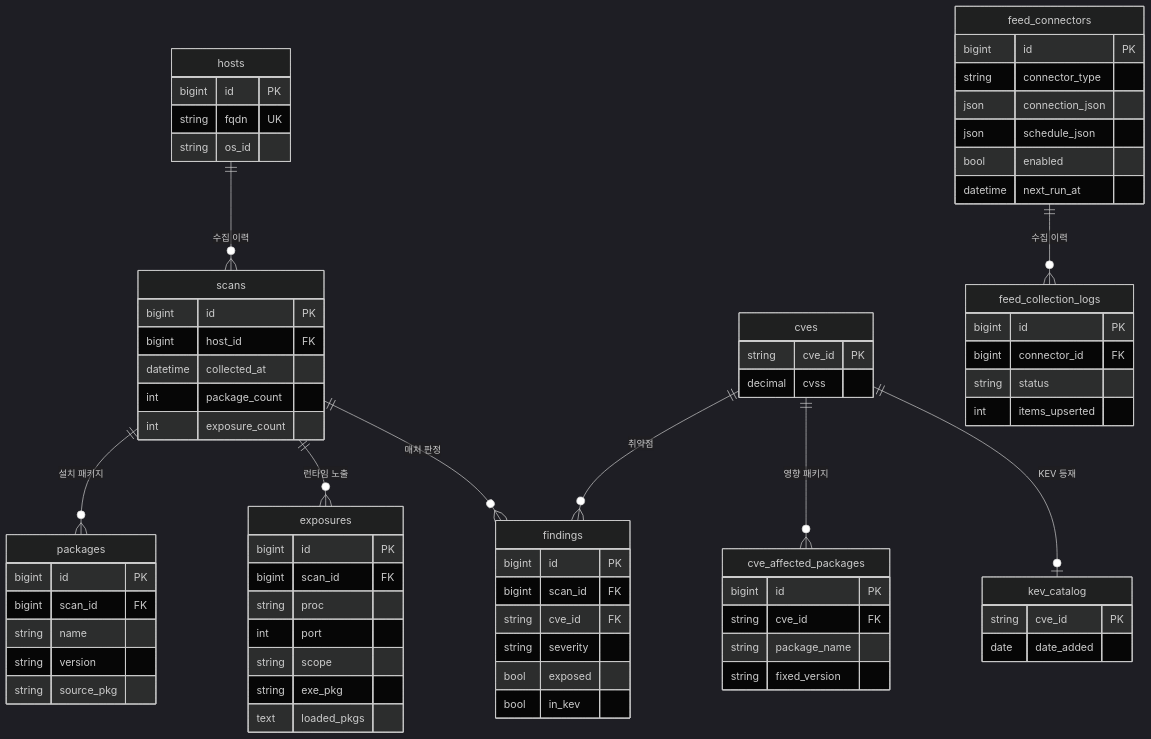
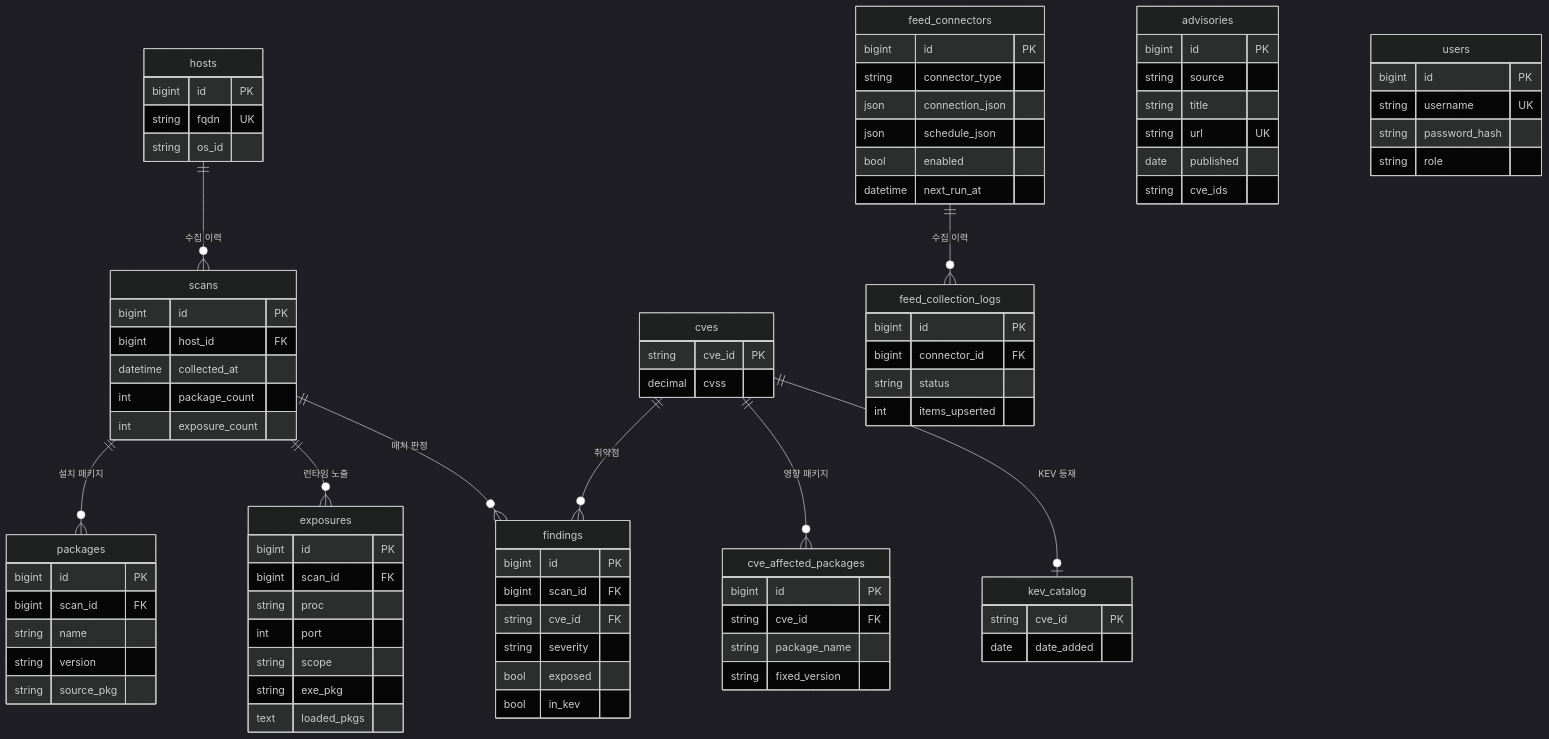
One commit to JeongDoWook/vuln-agent changed the fifth of 6 diagrams in docs/architecture.md. Above: the diagram before and after it, drawn with Mermaid (dark theme). The commit also changed other lines of this file and 4 other files, not shown here.

First line of the commit message:
feat: 커넥터 API 미리보기 + NVD 페이지네이션 수정 + 개발원칙/다이어그램

````diff
--- a/docs/architecture.md
+++ b/docs/architecture.md
@@ -235,4 +242,18 @@
         string status
         int items_upserted
     }
+    advisories {
+        bigint id PK
+        string source
+        string title
+        string url UK
+        date published
+        string cve_ids
+    }
+    users {
+        bigint id PK
+        string username UK
+        string password_hash
+        string role
+    }
 ```
````
